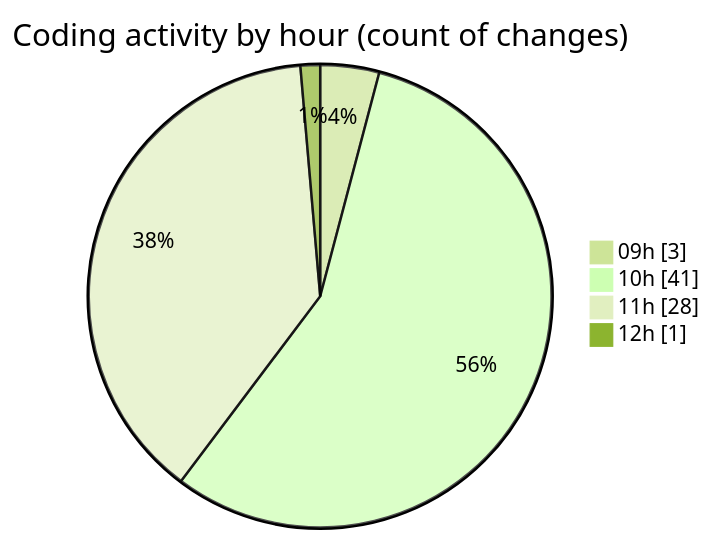
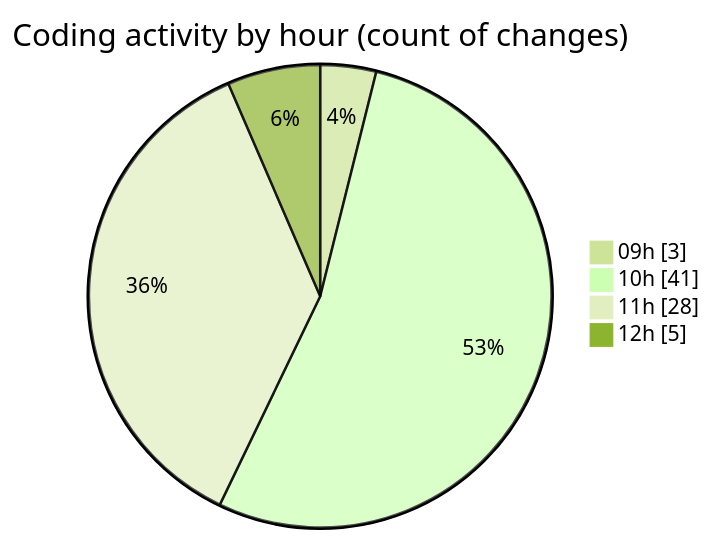
One commit to CELIANVF/code-tracking changed the second of 2 diagrams in 2025-05-19/ecodeli-1/README.md. Above: the diagram before and after it, drawn with Mermaid (forest theme). The commit also changed other lines of this file and 1 other file, not shown here.

````diff
--- a/2025-05-19/ecodeli-1/README.md
+++ b/2025-05-19/ecodeli-1/README.md
@@ -50,8 +52,8 @@
 ```mermaid
 pie showData
 title Coding activity by hour (count of changes)
 "09h" : 3
 "10h" : 41
 "11h" : 28
-"12h" : 1
+"12h" : 5
 ```
````
